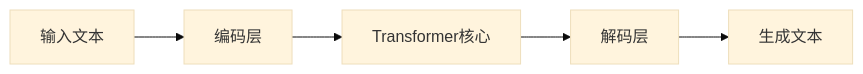
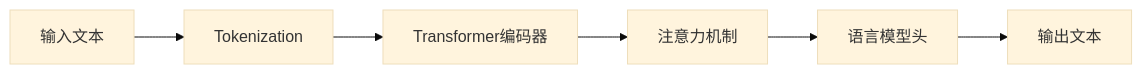
The sixth of 8 diagrams in reports/2026/01/2026-01-22.md (wayyoungboy/github-trending-reporter), drawn with Mermaid (base theme) before and after one commit. The commit also changed other lines of this file and 1 other file, not shown here.

````diff
--- a/reports/2026/01/2026-01-22.md
+++ b/reports/2026/01/2026-01-22.md
@@ -305,7 +320,8 @@
 ```mermaid
 graph LR
-    A[输入文本] --> B[编码层]
-    B --> C[Transformer核心]
-    C --> D[解码层]
-    D --> E[生成文本]
+    A[输入文本] --> B[Tokenization]
+    B --> C[Transformer编码器]
+    C --> D[注意力机制]
+    D --> E[语言模型头]
+    E --> F[输出文本]
 ```
````
